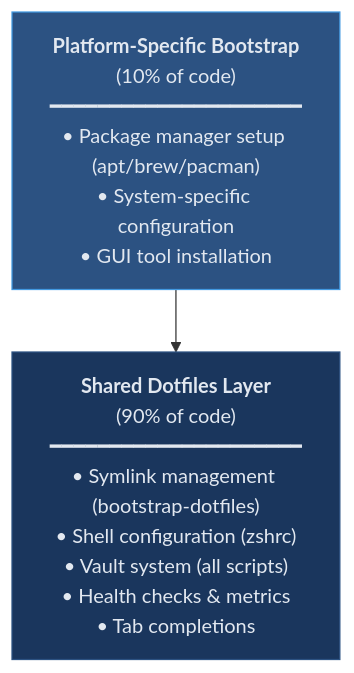
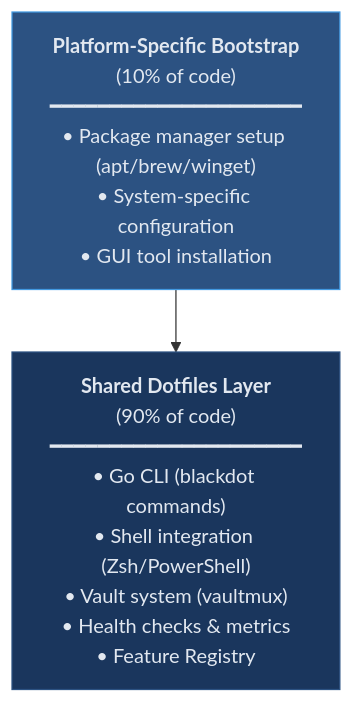
The first of 5 diagrams in docs/README-FULL.md (blackwell-systems/blackdot), drawn with Mermaid before and after one commit. The commit also changed other lines of this file and 1 other file, not shown here.

First line of the commit message:
docs: Update README-FULL.md and DOTCLAUDE-INTEGRATION.md with Go-first architecture and PowerShell support

````diff
--- a/docs/README-FULL.md
+++ b/docs/README-FULL.md
@@ -302,11 +317,11 @@
 ```mermaid
 flowchart TB
-    platform["<b>Platform-Specific Bootstrap</b><br/>(10% of code)<br/>━━━━━━━━━━━━━━━━━━━━━<br/>• Package manager setup (apt/brew/pacman)<br/>• System-specific configuration<br/>• GUI tool installation"]
+    platform["<b>Platform-Specific Bootstrap</b><br/>(10% of code)<br/>━━━━━━━━━━━━━━━━━━━━━<br/>• Package manager setup (apt/brew/winget)<br/>• System-specific configuration<br/>• GUI tool installation"]
 
-    shared["<b>Shared Dotfiles Layer</b><br/>(90% of code)<br/>━━━━━━━━━━━━━━━━━━━━━<br/>• Symlink management (bootstrap-dotfiles)<br/>• Shell configuration (zshrc)<br/>• Vault system (all scripts)<br/>• Health checks & metrics<br/>• Tab completions"]
+    shared["<b>Shared Dotfiles Layer</b><br/>(90% of code)<br/>━━━━━━━━━━━━━━━━━━━━━<br/>• Go CLI (blackdot commands)<br/>• Shell integration (Zsh/PowerShell)<br/>• Vault system (vaultmux)<br/>• Health checks & metrics<br/>• Feature Registry"]
 
     platform --> shared
 
     style platform fill:#2c5282,stroke:#4299e1,color:#e2e8f0
     style shared fill:#1a365d,stroke:#2c5282,color:#e2e8f0
 ```
````
